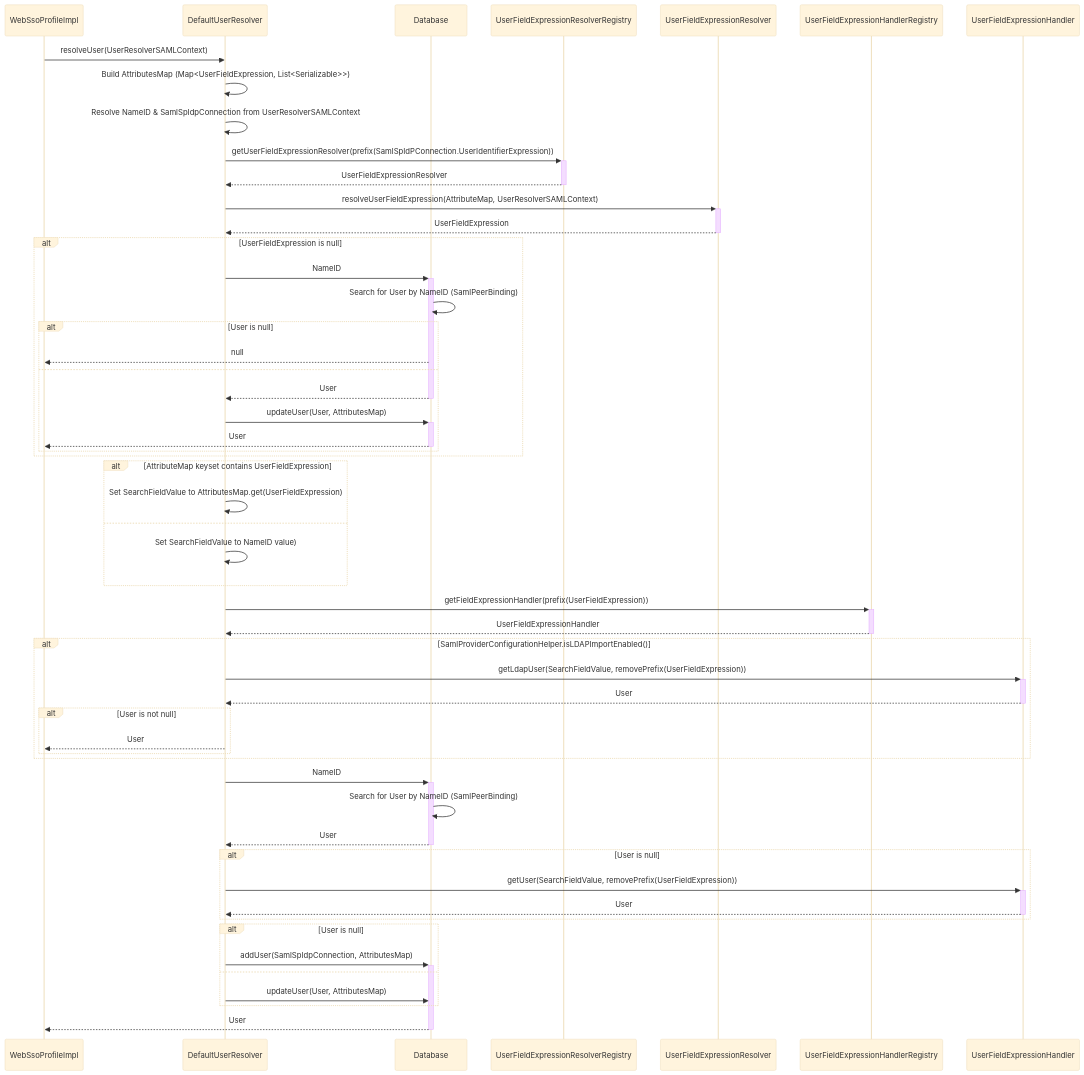
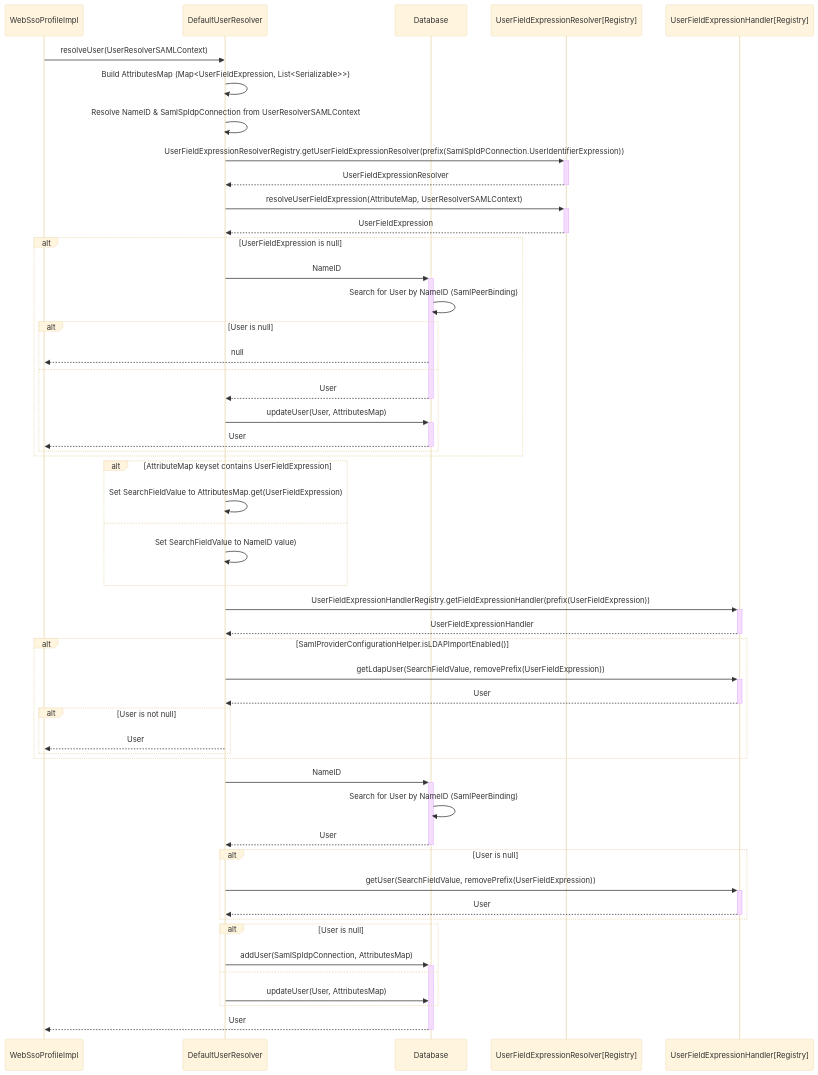
Before and after one commit to liferay-appsec/liferay-portal: the diagram in modules/dxp/apps/saml/saml-opensaml-integration/DefaultUserResolver.md, drawn with Mermaid (base theme).

Commit message:
We could collapse the "registry" lanes to simplify?

````diff
--- a/modules/dxp/apps/saml/saml-opensaml-integration/DefaultUserResolver.md
+++ b/modules/dxp/apps/saml/saml-opensaml-integration/DefaultUserResolver.md
@@ -4,61 +4,59 @@
 ```mermaid
 sequenceDiagram
     participant WebSsoProfileImpl
     participant DefaultUserResolver
     participant Database
-    participant UserFieldExpressionResolverRegistry
-    participant UserFieldExpressionResolver
-    participant UserFieldExpressionHandlerRegistry
-    participant UserFieldExpressionHandler
+    participant UserFieldExpressionResolver[Registry]
+    participant UserFieldExpressionHandler[Registry]
 WebSsoProfileImpl->>DefaultUserResolver: resolveUser(UserResolverSAMLContext)
 DefaultUserResolver->>DefaultUserResolver: Build AttributesMap (Map<UserFieldExpression, List<Serializable>>)
 DefaultUserResolver->>DefaultUserResolver: Resolve NameID & SamlSpIdpConnection from UserResolverSAMLContext
-DefaultUserResolver->>+UserFieldExpressionResolverRegistry: getUserFieldExpressionResolver(prefix(SamlSpIdPConnection.UserIdentifierExpression))
-UserFieldExpressionResolverRegistry-->>-DefaultUserResolver: UserFieldExpressionResolver
+DefaultUserResolver->>+UserFieldExpressionResolver[Registry]: UserFieldExpressionResolverRegistry.getUserFieldExpressionResolver(prefix(SamlSpIdPConnection.UserIdentifierExpression))
+UserFieldExpressionResolver[Registry]-->>-DefaultUserResolver: UserFieldExpressionResolver
 
-DefaultUserResolver->>+UserFieldExpressionResolver: resolveUserFieldExpression(AttributeMap, UserResolverSAMLContext)
-UserFieldExpressionResolver-->>-DefaultUserResolver: UserFieldExpression
+DefaultUserResolver->>+UserFieldExpressionResolver[Registry]: resolveUserFieldExpression(AttributeMap, UserResolverSAMLContext)
+UserFieldExpressionResolver[Registry]-->>-DefaultUserResolver: UserFieldExpression
 
 alt UserFieldExpression is null
   DefaultUserResolver->>+Database: NameID
   Database->>Database: Search for User by NameID (SamlPeerBinding)
   alt User is null
     Database-->>WebSsoProfileImpl: null
   else
     Database-->>-DefaultUserResolver: User
     DefaultUserResolver->>+Database: updateUser(User, AttributesMap)
     Database-->>-WebSsoProfileImpl: User
   end
 end
 
 alt AttributeMap keyset contains UserFieldExpression
   DefaultUserResolver->>DefaultUserResolver: Set SearchFieldValue to AttributesMap.get(UserFieldExpression)
 else
   DefaultUserResolver->>DefaultUserResolver: Set SearchFieldValue to NameID value)
 end
-DefaultUserResolver->>+UserFieldExpressionHandlerRegistry: getFieldExpressionHandler(prefix(UserFieldExpression))
-UserFieldExpressionHandlerRegistry-->>-DefaultUserResolver: UserFieldExpressionHandler
+DefaultUserResolver->>+UserFieldExpressionHandler[Registry]: UserFieldExpressionHandlerRegistry.getFieldExpressionHandler(prefix(UserFieldExpression))
+UserFieldExpressionHandler[Registry]-->>-DefaultUserResolver: UserFieldExpressionHandler
 alt SamlProviderConfigurationHelper.isLDAPImportEnabled()
-  DefaultUserResolver->>+UserFieldExpressionHandler: getLdapUser(SearchFieldValue, removePrefix(UserFieldExpression))
-  UserFieldExpressionHandler-->>-DefaultUserResolver: User
+  DefaultUserResolver->>+UserFieldExpressionHandler[Registry]: getLdapUser(SearchFieldValue, removePrefix(UserFieldExpression))
+  UserFieldExpressionHandler[Registry]-->>-DefaultUserResolver: User
   alt User is not null
     DefaultUserResolver-->>WebSsoProfileImpl: User
   end
 end
 
 DefaultUserResolver->>+Database: NameID
 Database->>Database: Search for User by NameID (SamlPeerBinding)
 Database-->>-DefaultUserResolver: User
 
 alt User is null
-  DefaultUserResolver->>+UserFieldExpressionHandler: getUser(SearchFieldValue, removePrefix(UserFieldExpression))
-  UserFieldExpressionHandler-->>-DefaultUserResolver: User
+  DefaultUserResolver->>+UserFieldExpressionHandler[Registry]: getUser(SearchFieldValue, removePrefix(UserFieldExpression))
+  UserFieldExpressionHandler[Registry]-->>-DefaultUserResolver: User
 end
 
 alt User is null
   DefaultUserResolver->>+Database: addUser(SamlSpIdpConnection, AttributesMap)
 else
   DefaultUserResolver->>Database: updateUser(User, AttributesMap)
 end
 Database-->>-WebSsoProfileImpl: User
 ```
````
